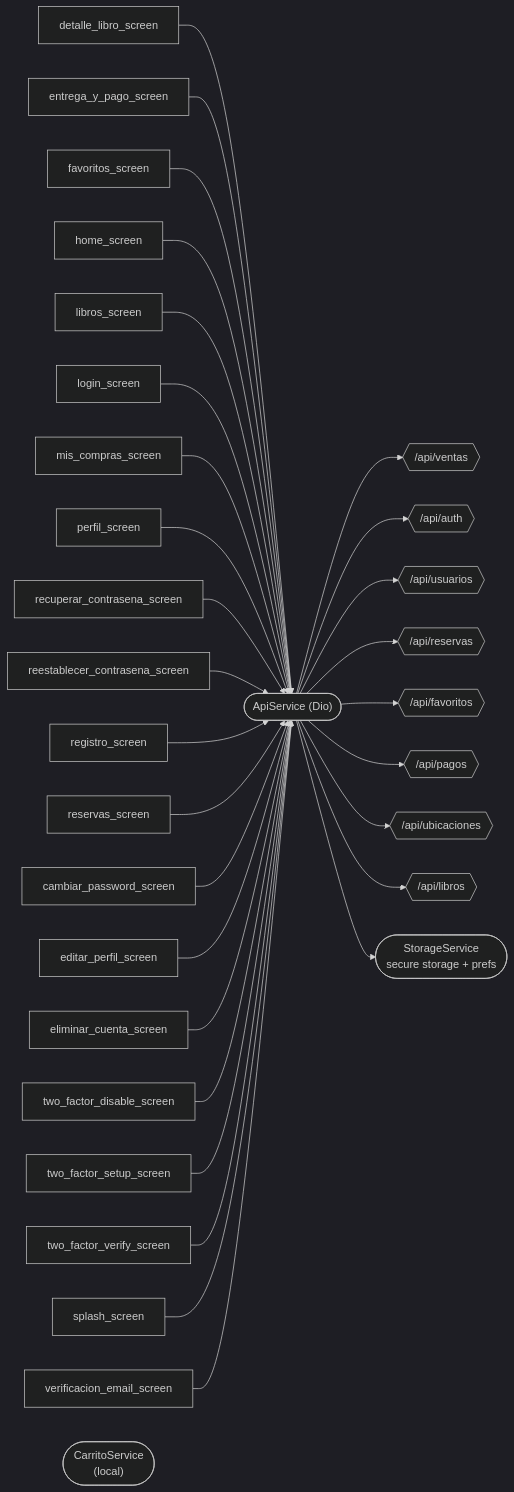
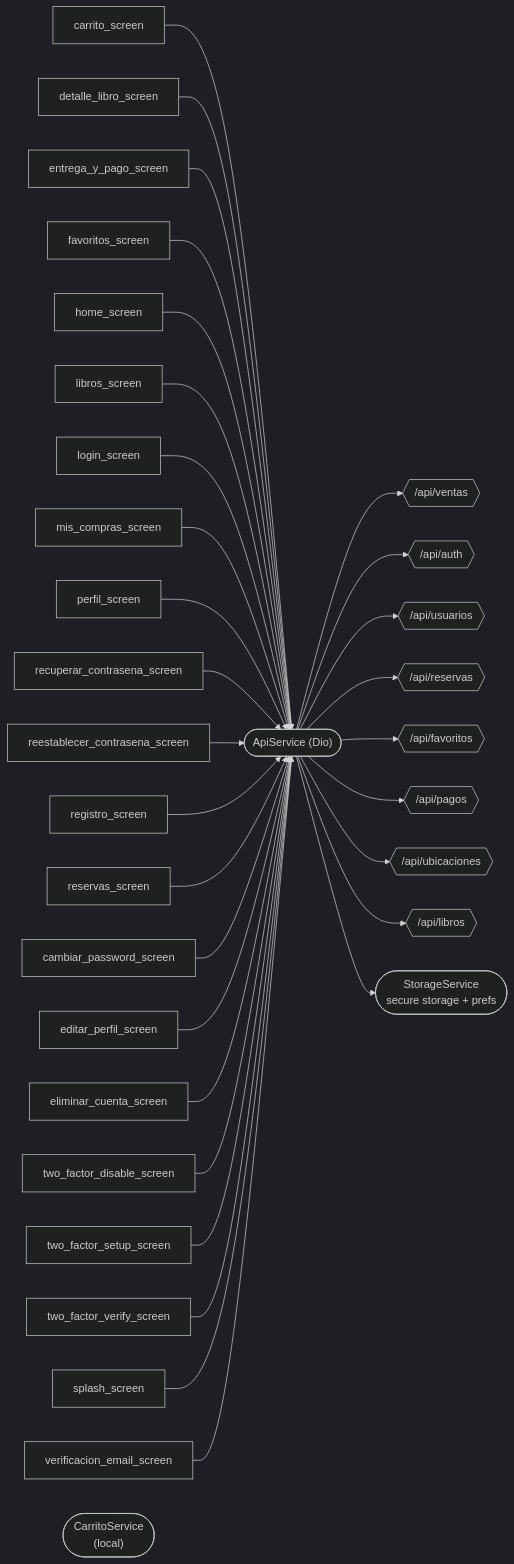
One commit to jimenezvegaedinson7-dot/librer-a changed the diagram in docs/architecture/graphs/flutter.mmd. Above: the diagram before and after it, drawn with Mermaid (dark theme). The commit also changed 68 other files, not shown here.

```diff
--- a/docs/architecture/graphs/flutter.mmd
+++ b/docs/architecture/graphs/flutter.mmd
@@ -1,34 +1,35 @@
-%% Generado 2026-10-01 desde el código real (actualizar-mapa.mjs)
+%% Generado 2026-10-02 desde el código real (actualizar-mapa.mjs)
 flowchart LR
     API(["ApiService (Dio)"])
+    carrito_screen["carrito_screen"] --> API
     detalle_libro_screen["detalle_libro_screen"] --> API
     entrega_y_pago_screen["entrega_y_pago_screen"] --> API
     favoritos_screen["favoritos_screen"] --> API
     home_screen["home_screen"] --> API
     libros_screen["libros_screen"] --> API
     login_screen["login_screen"] --> API
     mis_compras_screen["mis_compras_screen"] --> API
     perfil_screen["perfil_screen"] --> API
     recuperar_contrasena_screen["recuperar_contrasena_screen"] --> API
     reestablecer_contrasena_screen["reestablecer_contrasena_screen"] --> API
     registro_screen["registro_screen"] --> API
     reservas_screen["reservas_screen"] --> API
     cambiar_password_screen["cambiar_password_screen"] --> API
     editar_perfil_screen["editar_perfil_screen"] --> API
     eliminar_cuenta_screen["eliminar_cuenta_screen"] --> API
     two_factor_disable_screen["two_factor_disable_screen"] --> API
     two_factor_setup_screen["two_factor_setup_screen"] --> API
     two_factor_verify_screen["two_factor_verify_screen"] --> API
     splash_screen["splash_screen"] --> API
     verificacion_email_screen["verificacion_email_screen"] --> API
     API --> _api_ventas{{"/api/ventas"}}
     API --> _api_auth{{"/api/auth"}}
     API --> _api_usuarios{{"/api/usuarios"}}
     API --> _api_reservas{{"/api/reservas"}}
     API --> _api_favoritos{{"/api/favoritos"}}
     API --> _api_pagos{{"/api/pagos"}}
     API --> _api_ubicaciones{{"/api/ubicaciones"}}
     API --> _api_libros{{"/api/libros"}}
     STORE(["StorageService<br/>secure storage + prefs"])
     API --> STORE
     CARRITO(["CarritoService<br/>(local)"])
```
